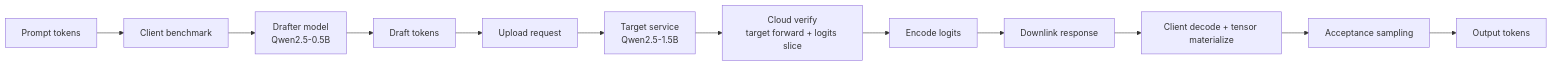
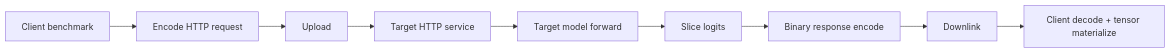
Before and after one commit to 971027212/Spec_Decoding: the first of 3 diagrams in reports/binary_logits_three_way_timing_report.md, drawn with Mermaid. The commit also changed other lines of this file and 9 other files, not shown here.

Commit message:
Clarify timing report methods and charts

````diff
--- a/reports/binary_logits_three_way_timing_report.md
+++ b/reports/binary_logits_three_way_timing_report.md
@@ -108,14 +155,11 @@
 ```mermaid
 flowchart LR
-    P["Prompt tokens"] --> C["Client benchmark"]
-    C --> D["Drafter model<br/>Qwen2.5-0.5B"]
-    D --> Draft["Draft tokens"]
-    Draft --> U["Upload request"]
-    U --> T["Target service<br/>Qwen2.5-1.5B"]
-    T --> V["Cloud verify<br/>target forward + logits slice"]
-    V --> E["Encode logits"]
-    E --> Down["Downlink response"]
-    Down --> M["Client decode + tensor materialize"]
-    M --> A["Acceptance sampling"]
-    A --> O["Output tokens"]
+    C["Client benchmark"] --> E["Encode HTTP request"]
+    E --> U["Upload"]
+    U --> S["Target HTTP service"]
+    S --> F["Target model forward"]
+    F --> L["Slice logits"]
+    L --> B["Binary response encode"]
+    B --> D["Downlink"]
+    D --> R["Client decode + tensor materialize"]
 ```
````
